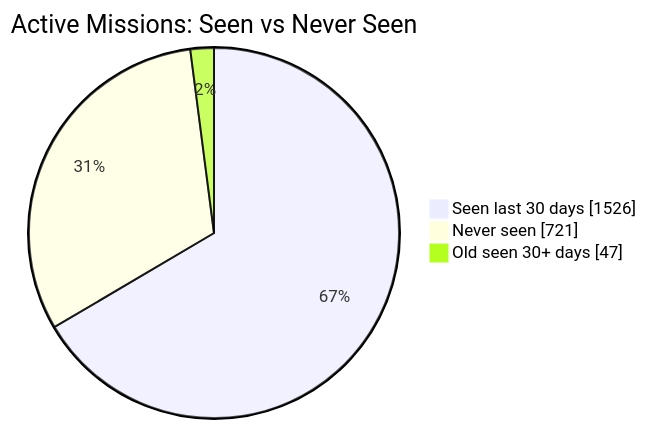
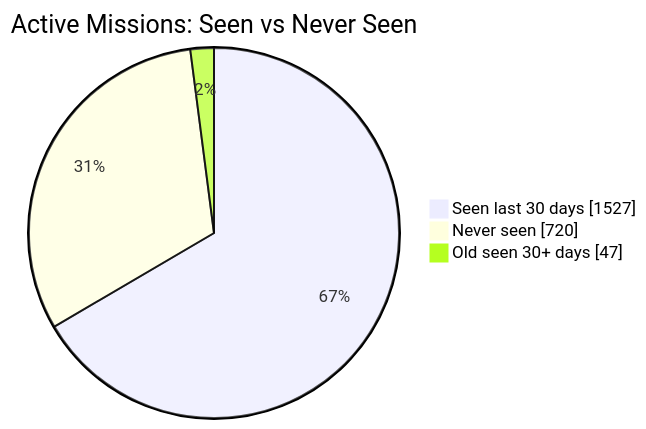
Before and after one commit to MeldkamerspelGameTeam/active-missions: the first of 2 diagrams in README.md, drawn with Mermaid. The commit also changed other lines of this file and 2 other files, not shown here.

````diff
--- a/README.md
+++ b/README.md
@@ -34,7 +34,7 @@
 ```mermaid
 pie showData
     title Active Missions: Seen vs Never Seen
-    "Seen last 30 days" : 1526
-    "Never seen" : 721
+    "Seen last 30 days" : 1527
+    "Never seen" : 720
     "Old seen 30+ days" : 47
 ```
````
